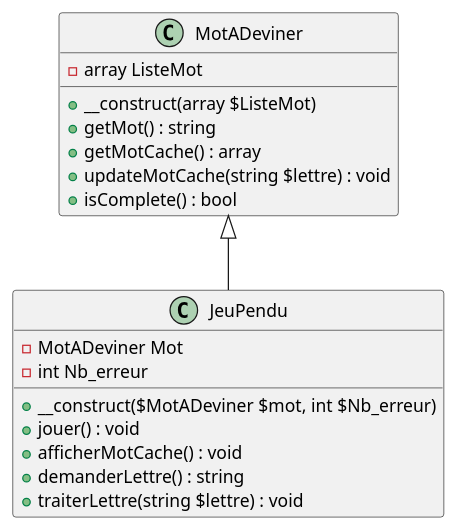
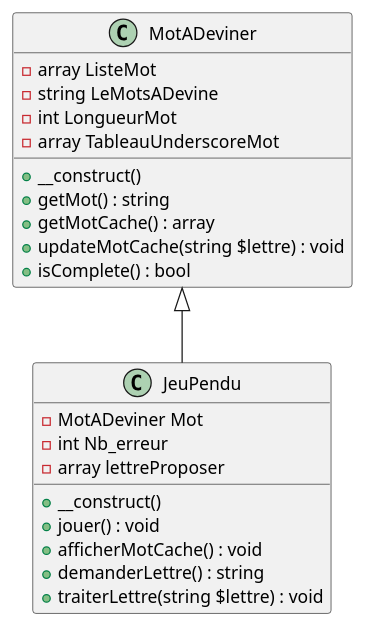
The diagram in Diagramme de classe.puml (ThomasTZTM/Sio2_FL_Pendu), drawn with PlantUML before and after one commit.

Commit message:
Maj : Modification Diagramme de classe

```diff
--- a/Diagramme de classe.puml
+++ b/Diagramme de classe.puml
@@ -1,25 +1,29 @@
 @startuml
 
 class MotADeviner {
   - array ListeMot
-  + __construct(array $ListeMot)
+  - string LeMotsADevine
+  - int LongueurMot
+  - array TableauUnderscoreMot
+  + __construct()
   + getMot() : string
   + getMotCache() : array
   + updateMotCache(string $lettre) : void
   + isComplete() : bool
 }
 
 class JeuPendu {
   - MotADeviner Mot
   - int Nb_erreur
-  + __construct($MotADeviner $mot, int $Nb_erreur)
+  - array lettreProposer
+  + __construct()
   + jouer() : void
   + afficherMotCache() : void
   + demanderLettre() : string
   + traiterLettre(string $lettre) : void
 
   }
 
 MotADeviner <|-- JeuPendu
 
 @enduml
```
